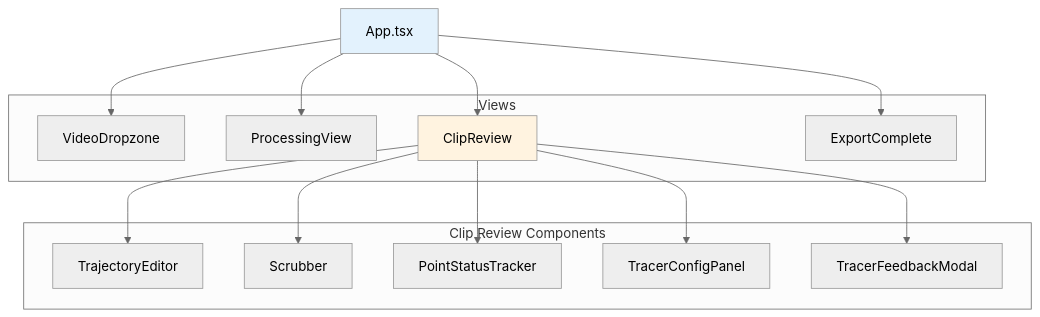
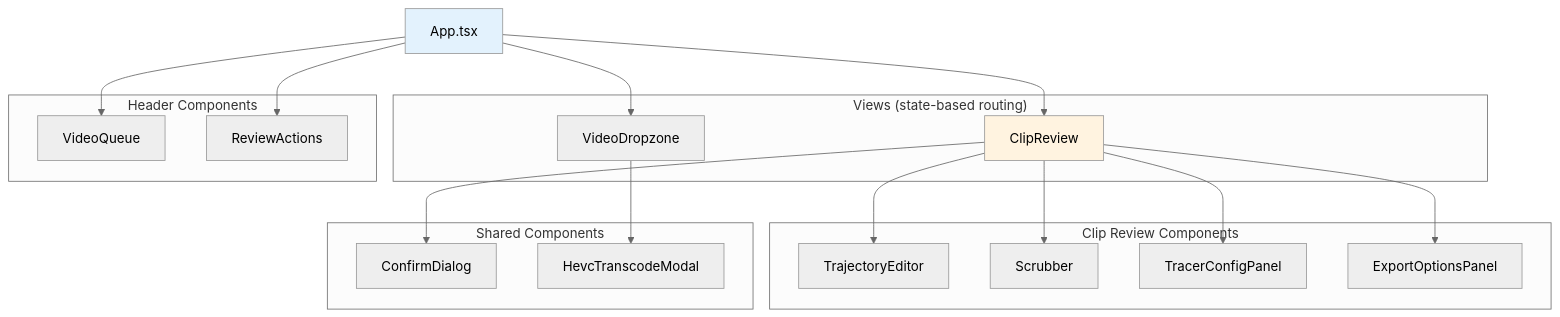
One commit to elicoon/golf-clip changed the fifth of 8 diagrams in docs/ARCHITECTURE.md. Above: the diagram before and after it, drawn with Mermaid (neutral theme). The commit also changed other lines of this file, not shown here.

First line of the commit message:
docs: update ARCHITECTURE.md — fix component hierarchy, state mgmt, tech stack, endpoints

````diff
--- a/docs/ARCHITECTURE.md
+++ b/docs/ARCHITECTURE.md
@@ -464,33 +443,42 @@
 ```mermaid
 graph TB
     App[App.tsx]
 
-    subgraph "Views"
+    subgraph "Views (state-based routing)"
         VD[VideoDropzone]
-        PV[ProcessingView]
         CR[ClipReview]
-        EC[ExportComplete]
+    end
+
+    subgraph "Header Components"
+        VQ[VideoQueue]
+        RA[ReviewActions]
     end
 
     subgraph "Clip Review Components"
         TE[TrajectoryEditor]
         SC[Scrubber]
-        PST[PointStatusTracker]
         TCP[TracerConfigPanel]
-        TFM[TracerFeedbackModal]
+        EOP[ExportOptionsPanel]
+    end
+
+    subgraph "Shared Components"
+        CD[ConfirmDialog]
+        HTM[HevcTranscodeModal]
     end
 
     App --> VD
-    App --> PV
     App --> CR
-    App --> EC
+    App --> VQ
+    App --> RA
 
     CR --> TE
     CR --> SC
-    CR --> PST
     CR --> TCP
-    CR --> TFM
+    CR --> EOP
+
+    VD --> HTM
+    CR --> CD
 
     style App fill:#e3f2fd
     style CR fill:#fff3e0
 ```
````
